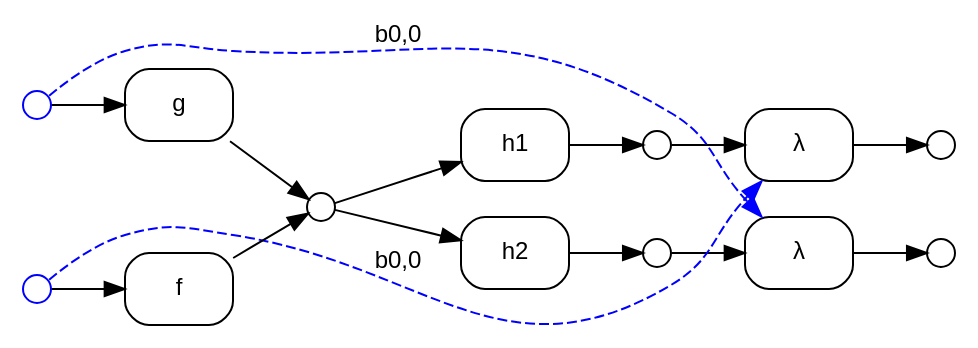
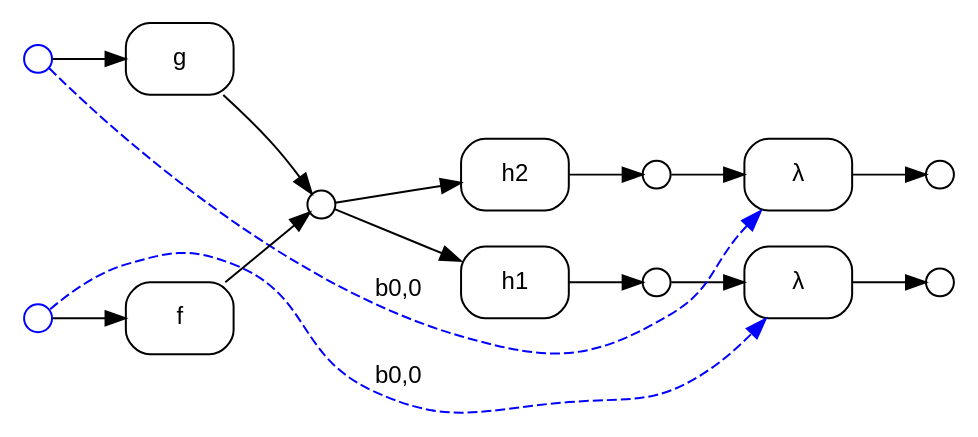
Before and after one commit to ammatsui/bhypvis: the diagram in safety_unsafe_crossing_distinct.dot, drawn with Graphviz. The commit also changed other lines of this file and 759 other files, not shown here.

```diff
--- a/safety_unsafe_crossing_distinct.dot
+++ b/safety_unsafe_crossing_distinct.dot
@@ -1,42 +1,42 @@
 digraph G {
   fontname="Helvetica"
   fontsize=12
   rankdir=LR;
   node [fontname="Helvetica", fontsize=12];
   edge [fontname="Helvetica", fontsize=12];
 
   // Nodes
   n4 [label="", shape=circle, style=filled, fillcolor=white, color="black", width=0.2, height=0.2, fixedsize=true];
+  n5 [label="", shape=circle, style=filled, fillcolor=white, color="black", width=0.2, height=0.2, fixedsize=true];
+  n3 [label="", shape=circle, style=filled, fillcolor=white, color="black", width=0.2, height=0.2, fixedsize=true];
   n0 [label="", shape=circle, style=filled, fillcolor=white, color="blue", width=0.2, height=0.2, fixedsize=true];
+  n1 [label="", shape=circle, style=filled, fillcolor=white, color="blue", width=0.2, height=0.2, fixedsize=true];
+  n6 [label="", shape=circle, style=filled, fillcolor=white, color="black", width=0.2, height=0.2, fixedsize=true];
   n2 [label="", shape=circle, style=filled, fillcolor=white, color="black", width=0.2, height=0.2, fixedsize=true];
-  n5 [label="", shape=circle, style=filled, fillcolor=white, color="black", width=0.2, height=0.2, fixedsize=true];
-  n6 [label="", shape=circle, style=filled, fillcolor=white, color="black", width=0.2, height=0.2, fixedsize=true];
-  n3 [label="", shape=circle, style=filled, fillcolor=white, color="black", width=0.2, height=0.2, fixedsize=true];
-  n1 [label="", shape=circle, style=filled, fillcolor=white, color="blue", width=0.2, height=0.2, fixedsize=true];
 
   // Hyperedges
-  e1 [label="h1", shape=box, style=rounded, color="black"];
+  e2 [label="g", shape=box, style=rounded, color="black"];
   e3 [label="h2", shape=box, style=rounded, color="black"];
-  e5 [label="λ", shape=box, style=rounded, color="black"];
   e4 [label="λ", shape=box, style=rounded, color="black"];
   e0 [label="f", shape=box, style=rounded, color="black"];
-  e2 [label="g", shape=box, style=rounded, color="black"];
+  e5 [label="λ", shape=box, style=rounded, color="black"];
+  e1 [label="h1", shape=box, style=rounded, color="black"];
 
   // Source connections
-  n2 -> e1 [label=""];
+  n1 -> e2 [label=""];
   n2 -> e3 [label=""];
-  n4 -> e5 [label=""];
-  n1 -> e5 [style=dashed, color="blue", constraint=false, label="b0,0"];
   n3 -> e4 [label=""];
   n0 -> e4 [style=dashed, color="blue", constraint=false, label="b0,0"];
   n0 -> e0 [label=""];
-  n1 -> e2 [label=""];
+  n4 -> e5 [label=""];
+  n1 -> e5 [style=dashed, color="blue", constraint=false, label="b0,0"];
+  n2 -> e1 [label=""];
 
   // Target connections
-  e1 -> n3 [label=""];
+  e2 -> n2 [label=""];
   e3 -> n4 [label=""];
-  e5 -> n6 [label=""];
   e4 -> n5 [label=""];
   e0 -> n2 [label=""];
-  e2 -> n2 [label=""];
+  e5 -> n6 [label=""];
+  e1 -> n3 [label=""];
 }
```
